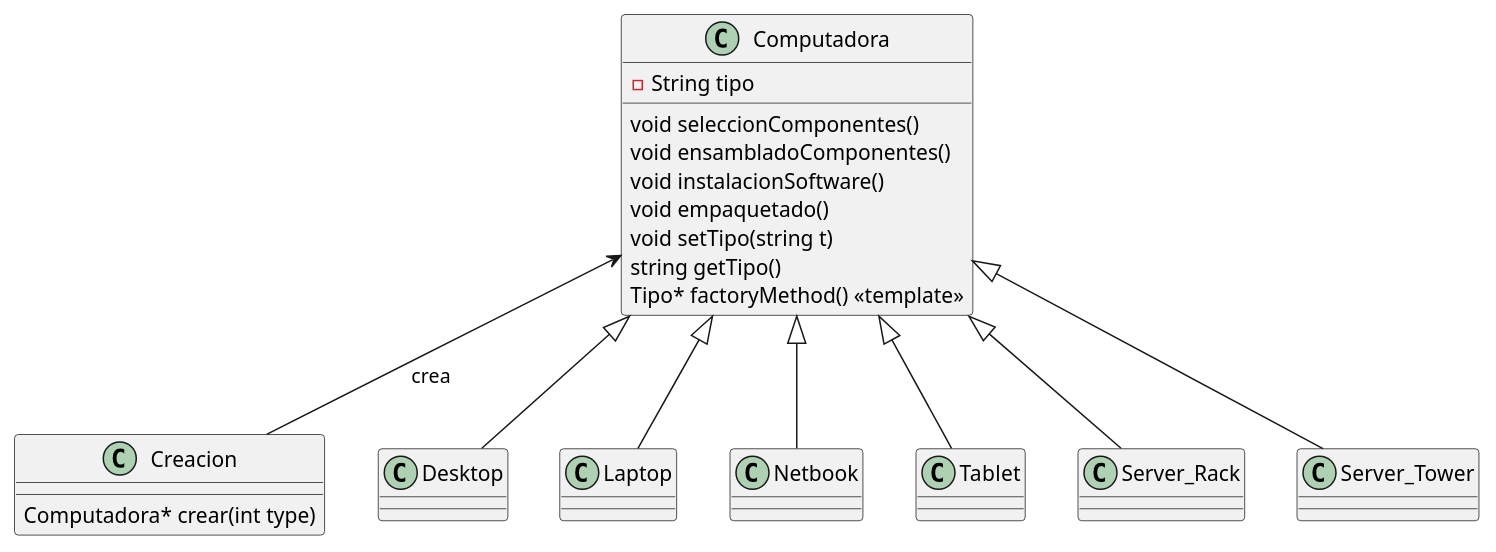
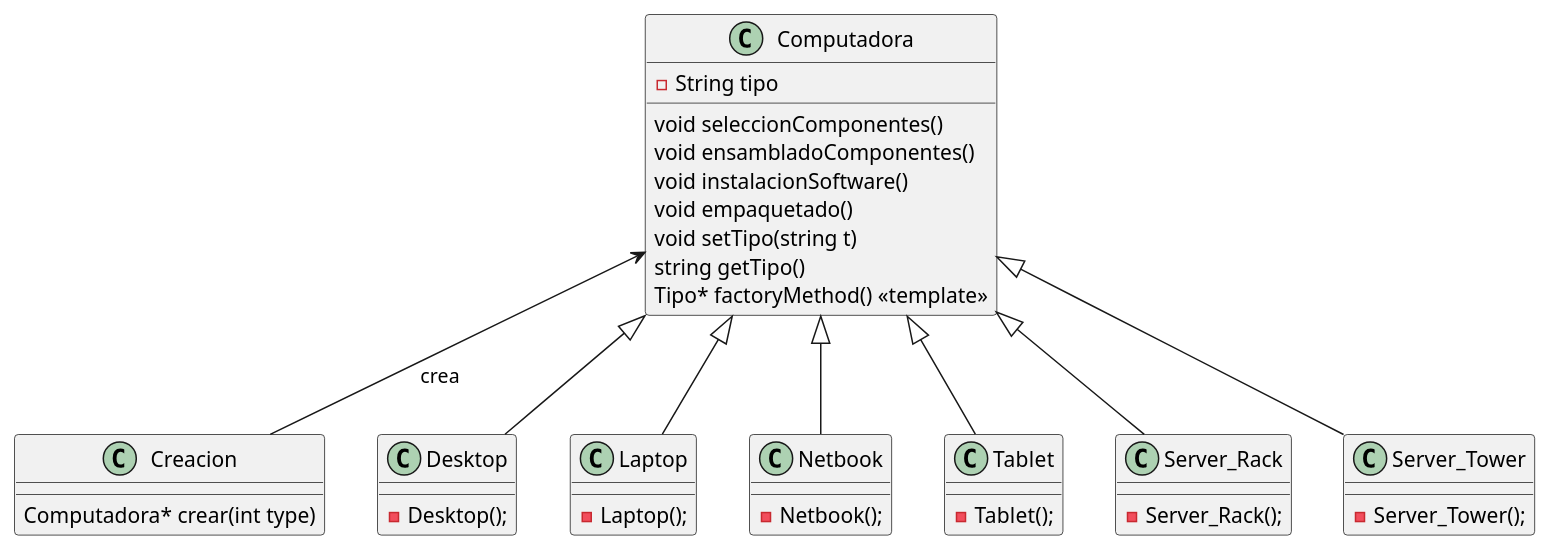
The diagram in Evaluaciones/Primera/Compumarte.puml (luisbarajasp/Analisis-y-Modelacion-de-Software), drawn with PlantUML before and after one commit. The commit also changed 2 other files, not shown here.

```diff
--- a/Evaluaciones/Primera/Compumarte.puml
+++ b/Evaluaciones/Primera/Compumarte.puml
@@ -1,33 +1,45 @@
 @startuml
 
   Class Computadora{
     - String tipo
 
     void seleccionComponentes()
     void ensambladoComponentes()
     void instalacionSoftware()
     void empaquetado()
     void setTipo(string t)
     string getTipo()
     Tipo* factoryMethod() <<template>>
 
   }
   Class Creacion{
     Computadora* crear(int type)
   }
-  Class Desktop
-  Class Laptop
-  Class Netbook
-  Class Tablet
-  Class Server_Rack
-  Class Server_Tower
+  Class Desktop{
+    - Desktop();
+  }
+  Class Laptop{
+    - Laptop();
+  }
+  Class Netbook{
+    - Netbook();
+  }
+  Class Tablet{
+    - Tablet();
+  }
+  Class Server_Rack{
+    - Server_Rack();
+  }
+  Class Server_Tower{
+    - Server_Tower();
+  }
 
   Computadora <|-- Desktop
   Computadora <|-- Laptop
   Computadora <|-- Netbook
   Computadora <|-- Tablet
   Computadora <|-- Server_Rack
   Computadora <|-- Server_Tower
   Computadora <-- Creacion :crea
 
 @enduml
```
